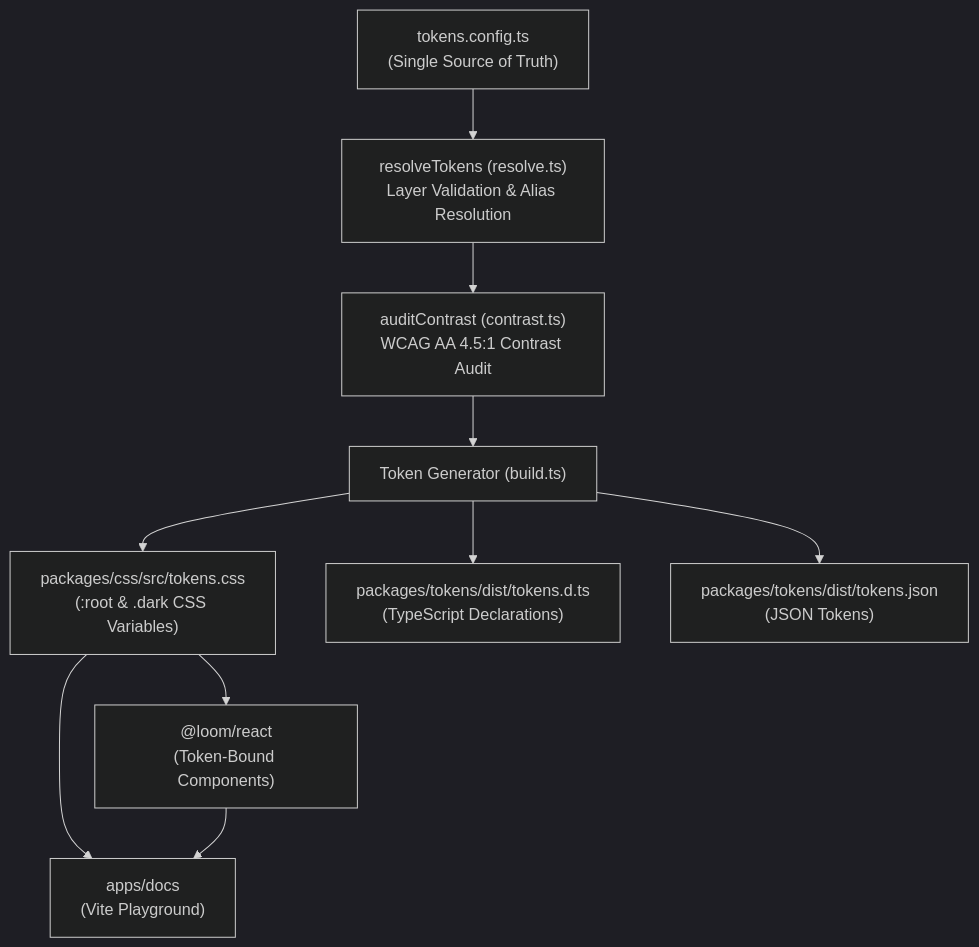
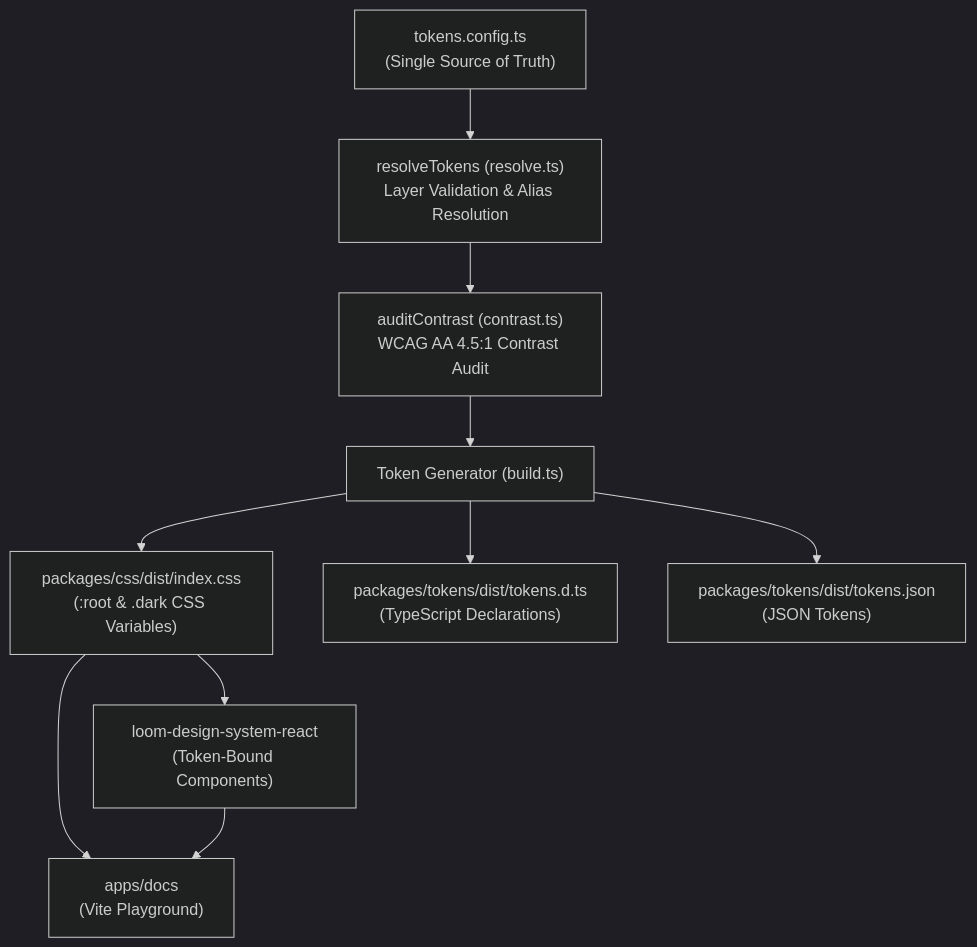
The first of 2 diagrams in README.md (tarunagnihotri534/Loom), drawn with Mermaid (dark theme) before and after one commit. The commit also changed other lines of this file and 22 other files, not shown here.

````diff
--- a/README.md
+++ b/README.md
@@ -33,12 +33,12 @@
 ```mermaid
 flowchart TD
     Config["tokens.config.ts\n(Single Source of Truth)"] --> Resolve["resolveTokens (resolve.ts)\nLayer Validation & Alias Resolution"]
     Resolve --> Audit["auditContrast (contrast.ts)\nWCAG AA 4.5:1 Contrast Audit"]
     Audit --> Build["Token Generator (build.ts)"]
-    Build --> CSS["packages/css/src/tokens.css\n(:root & .dark CSS Variables)"]
+    Build --> CSS["packages/css/dist/index.css\n(:root & .dark CSS Variables)"]
     Build --> DTS["packages/tokens/dist/tokens.d.ts\n(TypeScript Declarations)"]
     Build --> JSON["packages/tokens/dist/tokens.json\n(JSON Tokens)"]
-    CSS --> ReactPkg["@loom/react\n(Token-Bound Components)"]
+    CSS --> ReactPkg["loom-design-system-react\n(Token-Bound Components)"]
     CSS --> Docs["apps/docs\n(Vite Playground)"]
     ReactPkg --> Docs
 ```
````
